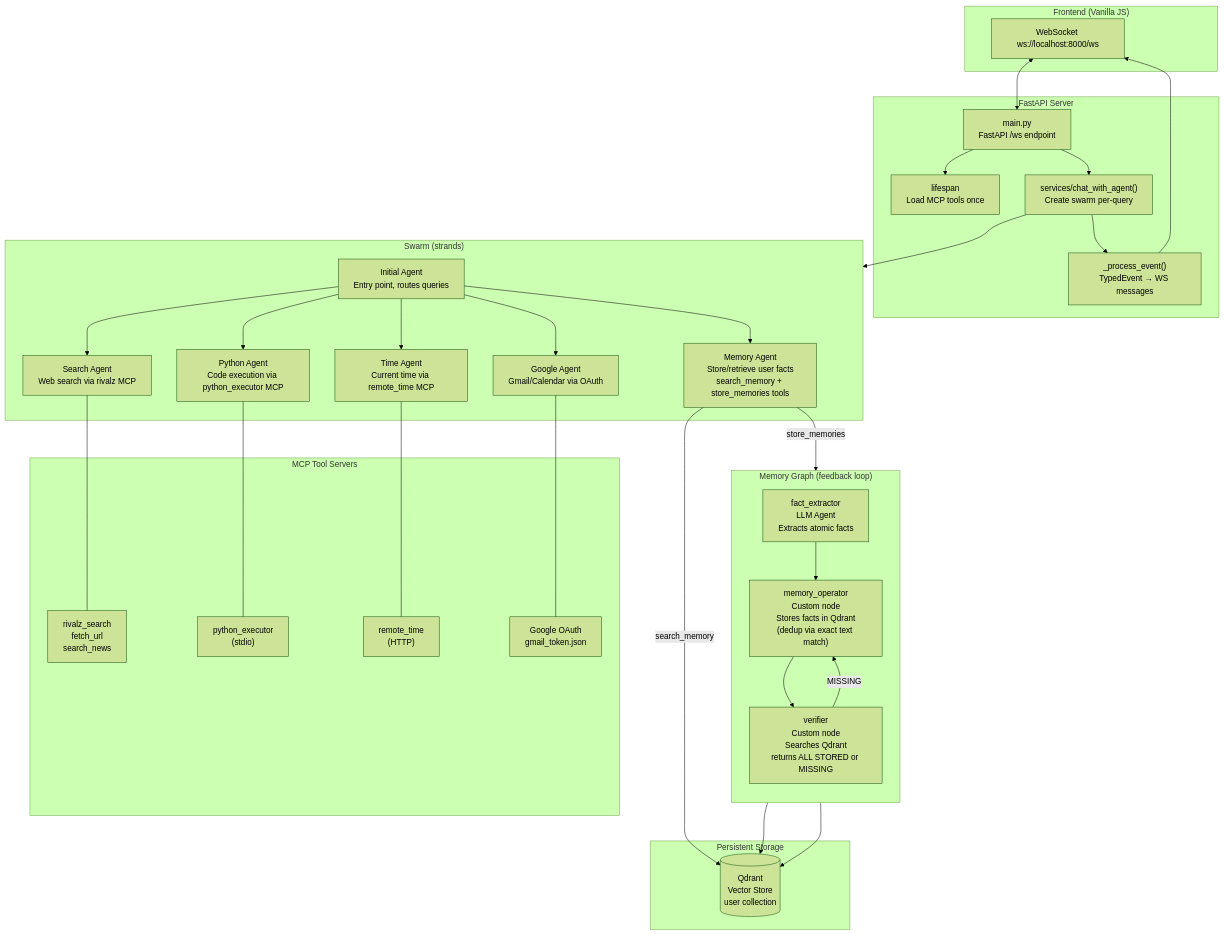
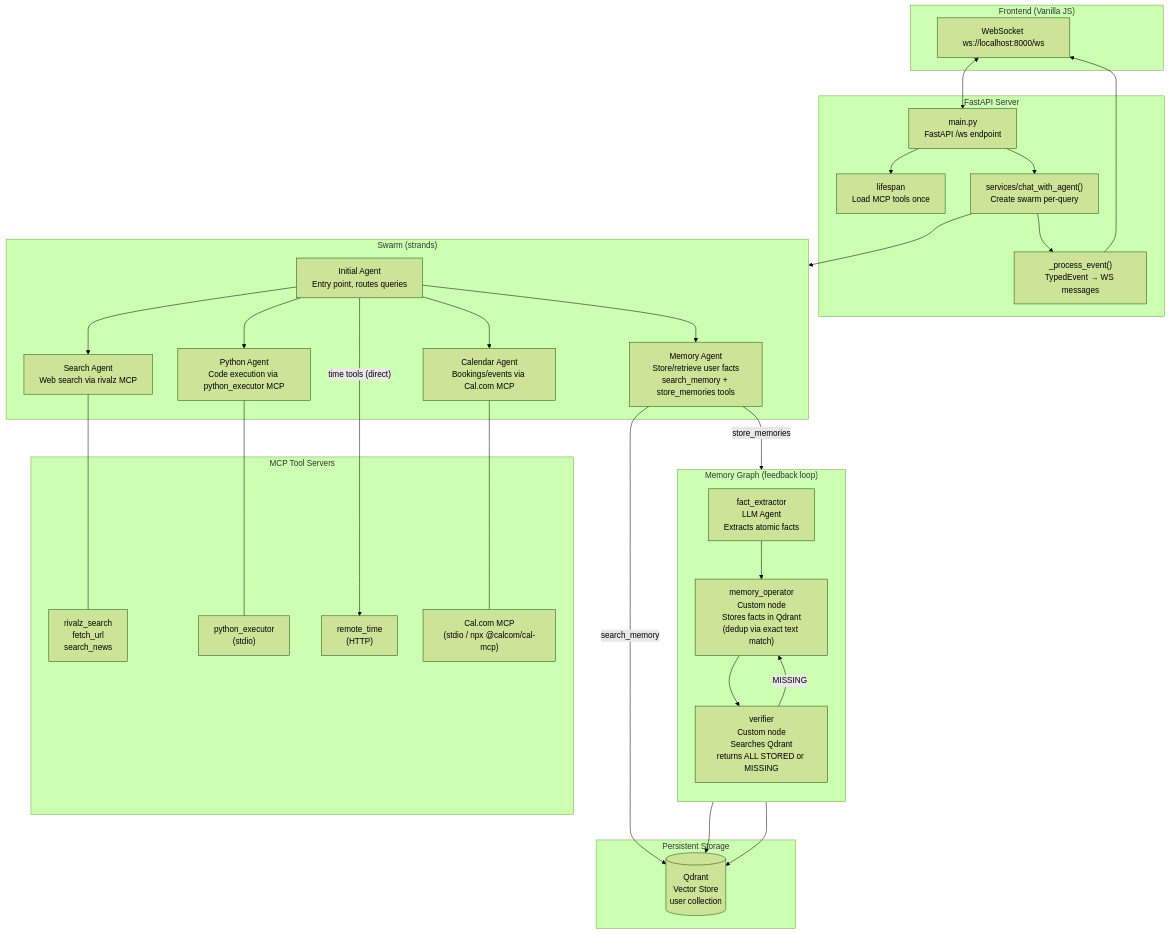
The diagram in README.md (chiradip94/strands-pa), drawn with Mermaid (forest theme) before and after one commit. The commit also changed other lines of this file and 13 other files, not shown here.

Commit message:
Changed to cal.com from google cal

````diff
--- a/README.md
+++ b/README.md
@@ -25,56 +24,57 @@
 ```mermaid
 flowchart TB
     subgraph Client["Frontend (Vanilla JS)"]
         WS[WebSocket ws://localhost:8000/ws]
     end
 
     subgraph Backend["FastAPI Server"]
         API["main.py<br/>FastAPI /ws endpoint"]
         LIFESPAN["lifespan<br/>Load MCP tools once"]
         CHAT["services/chat_with_agent()<br/>Create swarm per-query"]
         EVENTS["_process_event()<br/>TypedEvent → WS messages"]
     end
 
     subgraph Swarm["Swarm (strands)"]
         INITIAL["Initial Agent<br/>Entry point, routes queries"]
         SEARCH["Search Agent<br/>Web search via rivalz MCP"]
         PYTHON["Python Agent<br/>Code execution via python_executor MCP"]
-        GOOGLE["Google Agent<br/>Gmail/Calendar via OAuth"]
-        TIME["Time Agent<br/>Current time via remote_time MCP"]
+        CAL["Calendar Agent<br/>Bookings/events via Cal.com MCP"]
+
         MEMORY["Memory Agent<br/>Store/retrieve user facts<br/>search_memory + store_memories tools"]
     end
 
     subgraph MemoryGraph["Memory Graph (feedback loop)"]
         direction TB
         FE["fact_extractor<br/>LLM Agent<br/>Extracts atomic facts"]
         MO["memory_operator<br/>Custom node<br/>Stores facts in Qdrant<br/>(dedup via exact text match)"]
         VR["verifier<br/>Custom node<br/>Searches Qdrant<br/>returns ALL STORED or MISSING"]
         FE --> MO --> VR
         VR -- "MISSING" --> MO
     end
 
     subgraph Storage["Persistent Storage"]
         QDRANT[("Qdrant<br/>Vector Store<br/>user collection")]
     end
 
     subgraph MCP["MCP Tool Servers"]
         RIVAL["rivalz_search<br/>fetch_url<br/>search_news"]
         PYEXEC["python_executor<br/>(stdio)"]
         REMOTE["remote_time<br/>(HTTP)"]
-        GOOGLE_OAUTH["Google OAuth<br/>gmail_token.json"]
+        CAL_MCP["Cal.com MCP<br/>(stdio / npx @calcom/cal-mcp)"]
     end
 
     WS <--> API
     API --> LIFESPAN
     API --> CHAT --> EVENTS --> WS
     CHAT --> Swarm
-    INITIAL --> SEARCH & PYTHON & GOOGLE & TIME & MEMORY
+    INITIAL --> SEARCH & PYTHON & CAL & MEMORY
+    INITIAL -- "time tools (direct)" --> REMOTE
     MEMORY -- "search_memory" --> QDRANT
     MEMORY -- "store_memories" --> MemoryGraph
     MO --> QDRANT
     VR --> QDRANT
     SEARCH --- RIVAL
     PYTHON --- PYEXEC
-    TIME --- REMOTE
-    GOOGLE --- GOOGLE_OAUTH
+
+    CAL --- CAL_MCP
 ```
````
